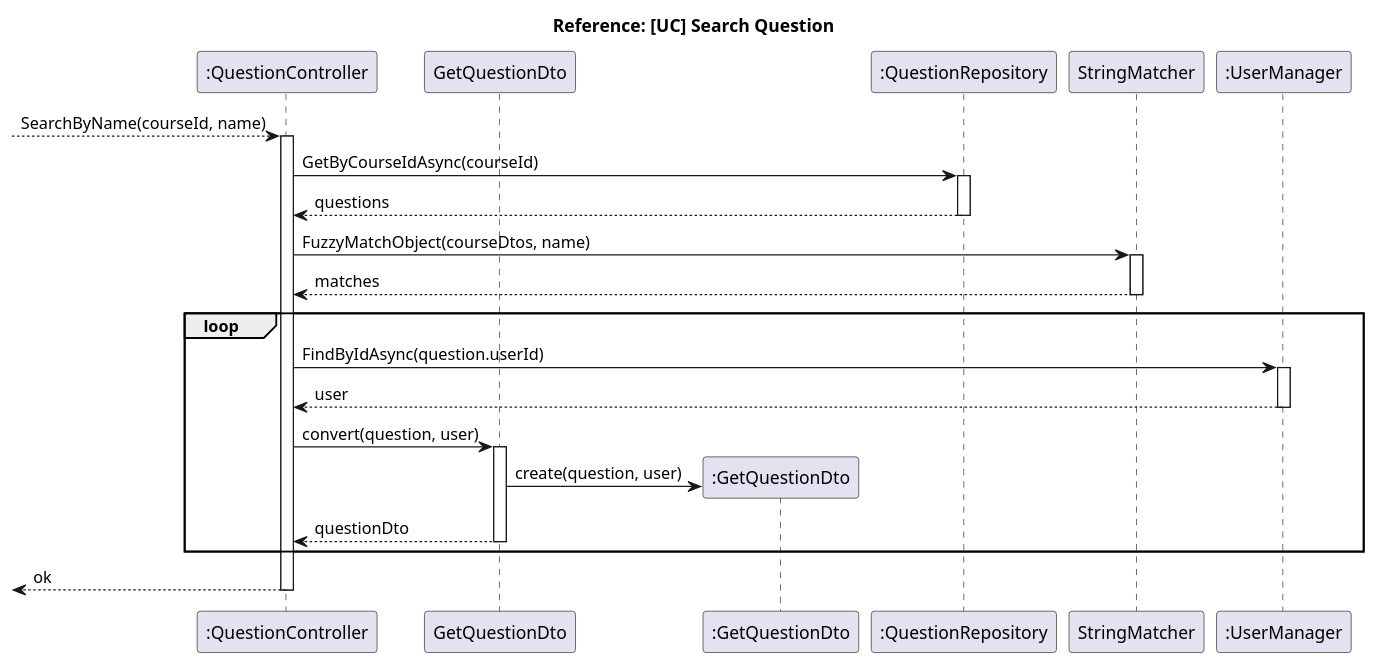
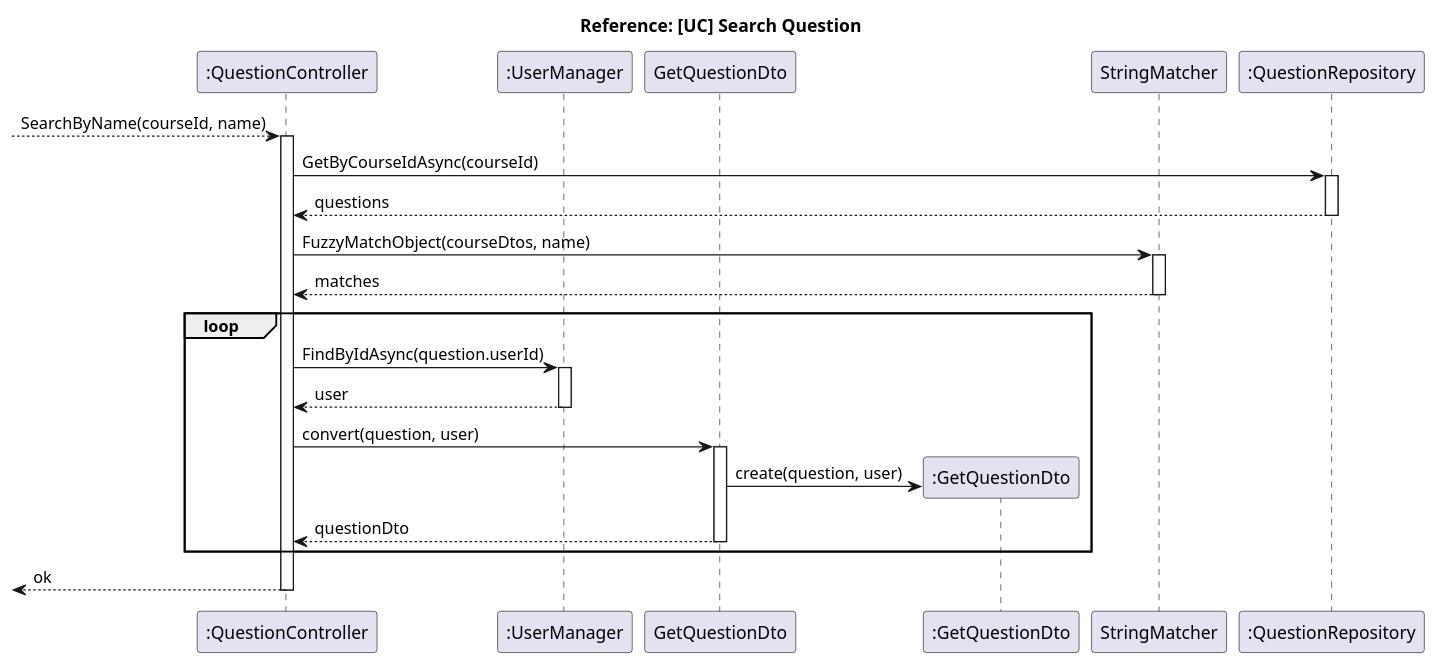
One commit to Singh-Kiran-P/StuNet changed the diagram in Diagrams/Sequence_Diagrams/search_question.puml. Above: the diagram before and after it, drawn with PlantUML. The commit also changed other lines of this file and 6 other files, not shown here.

Commit message:
docs: Move participants in /Sequence_Diagrams

```diff
--- a/Diagrams/Sequence_Diagrams/search_question.puml
+++ b/Diagrams/Sequence_Diagrams/search_question.puml
@@ -1,43 +1,43 @@
 @startuml Search question
 
 title Reference: [UC] Search Question
 
 participant ":QuestionController" as controller
+participant ":UserManager" as manager
 participant GetQuestionDto
 participant ":GetQuestionDto" as getQuestionDto
+participant StringMatcher
 participant ":QuestionRepository" as repository
-participant StringMatcher
-participant ":UserManager" as manager
 
 --> controller: SearchByName(courseId, name)
 activate controller
 
 controller -> repository: GetByCourseIdAsync(courseId)
 activate repository
 repository --> controller: questions
 deactivate repository
 
 controller -> StringMatcher: FuzzyMatchObject(courseDtos, name)
 activate StringMatcher
 StringMatcher --> controller: matches
 deactivate StringMatcher
 
 loop
     controller -> manager: FindByIdAsync(question.userId)
     activate manager
     manager --> controller: user
     deactivate manager
 
     controller -> GetQuestionDto: convert(question, user)
     activate GetQuestionDto
     GetQuestionDto -> getQuestionDto**: create(question, user)
     GetQuestionDto --> controller: questionDto
     deactivate GetQuestionDto
 
 end
 
 <-- controller: ok
 
 deactivate controller
 
 @enduml
```
